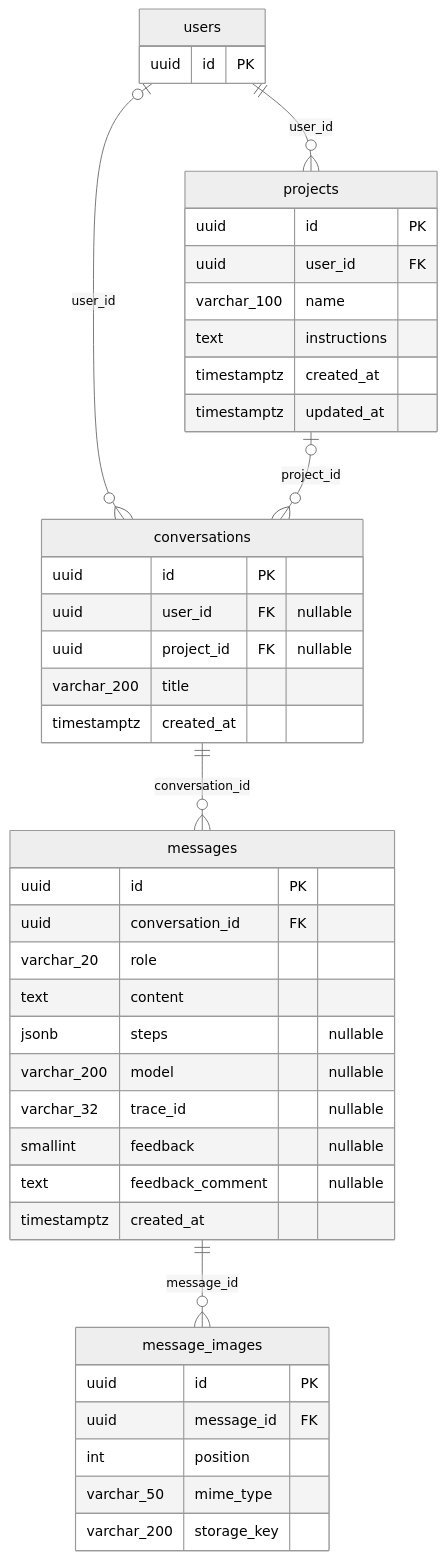
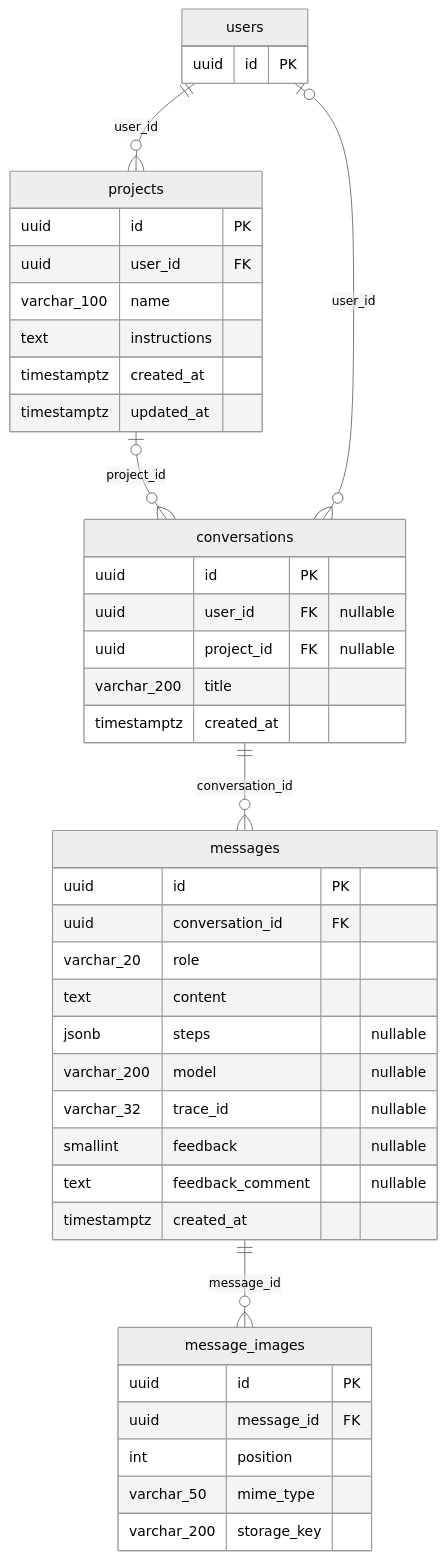
One commit to okdoittttt/apogee-deck changed the third of 5 diagrams in docs/data/erd.md. Above: the diagram before and after it, drawn with Mermaid (neutral theme). The commit also changed other lines of this file and 8 other files, not shown here.

First line of the commit message:
chore: 문서 검사 도구와 ERD 생성기 추가

````diff
--- a/docs/data/erd.md
+++ b/docs/data/erd.md
@@ -97,45 +101,45 @@
 ```mermaid
 erDiagram
     users ||--o{ projects : "user_id"
+    projects o|--o{ conversations : "project_id"
     users o|--o{ conversations : "user_id"
-    projects o|--o{ conversations : "project_id"
     conversations ||--o{ messages : "conversation_id"
     messages ||--o{ message_images : "message_id"
     users {
         uuid id PK
     }
     projects {
         uuid id PK
         uuid user_id FK
         varchar_100 name
         text instructions
         timestamptz created_at
         timestamptz updated_at
     }
     conversations {
         uuid id PK
         uuid user_id FK "nullable"
         uuid project_id FK "nullable"
         varchar_200 title
         timestamptz created_at
     }
     messages {
         uuid id PK
         uuid conversation_id FK
         varchar_20 role
         text content
         jsonb steps "nullable"
         varchar_200 model "nullable"
         varchar_32 trace_id "nullable"
         smallint feedback "nullable"
         text feedback_comment "nullable"
         timestamptz created_at
     }
     message_images {
         uuid id PK
         uuid message_id FK
         int position
         varchar_50 mime_type
         varchar_200 storage_key
     }
 ```
````
